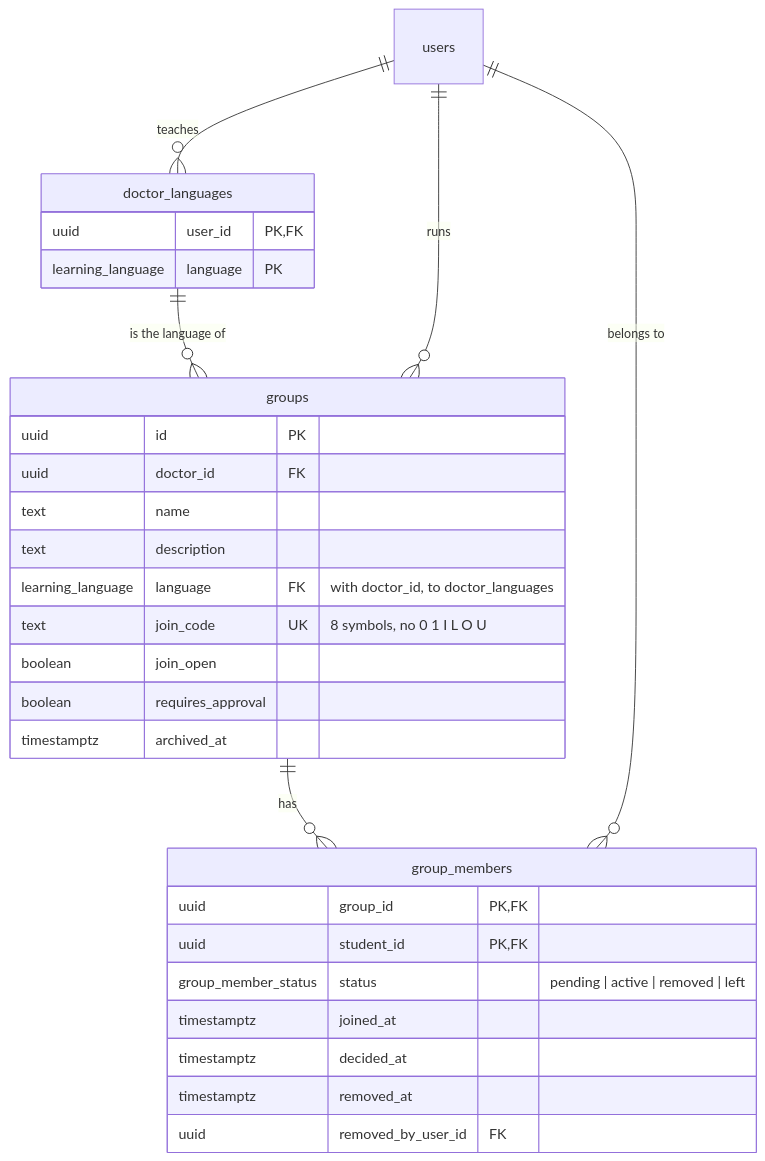
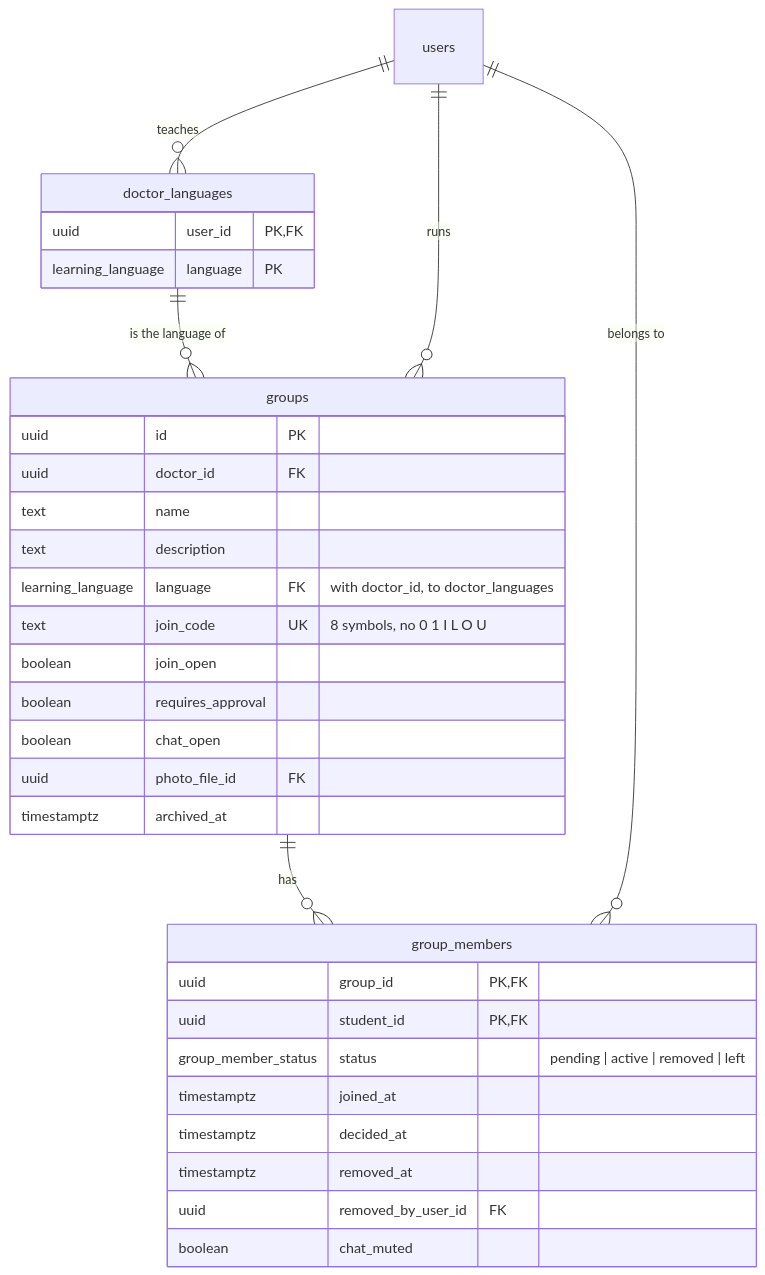
One commit to mariosaad123/ACU-graduation-projecct-Ramez- changed the second of 6 diagrams in docs/data-model.md. Above: the diagram before and after it, drawn with Mermaid. The commit also changed other lines of this file, not shown here.

Commit message:
docs: document uploaded files and the group chat

````diff
--- a/docs/data-model.md
+++ b/docs/data-model.md
@@ -120,33 +120,36 @@
 ```mermaid
 erDiagram
     users ||--o{ doctor_languages : "teaches"
     doctor_languages ||--o{ groups : "is the language of"
     users ||--o{ groups : "runs"
     groups ||--o{ group_members : "has"
     users ||--o{ group_members : "belongs to"
 
     doctor_languages {
         uuid user_id PK, FK
         learning_language language PK
     }
     groups {
         uuid id PK
         uuid doctor_id FK
         text name
         text description
         learning_language language FK "with doctor_id, to doctor_languages"
         text join_code UK "8 symbols, no 0 1 I L O U"
         boolean join_open
         boolean requires_approval
+        boolean chat_open
+        uuid photo_file_id FK
         timestamptz archived_at
     }
     group_members {
         uuid group_id PK, FK
         uuid student_id PK, FK
         group_member_status status "pending | active | removed | left"
         timestamptz joined_at
         timestamptz decided_at
         timestamptz removed_at
         uuid removed_by_user_id FK
+        boolean chat_muted
     }
 ```
````
